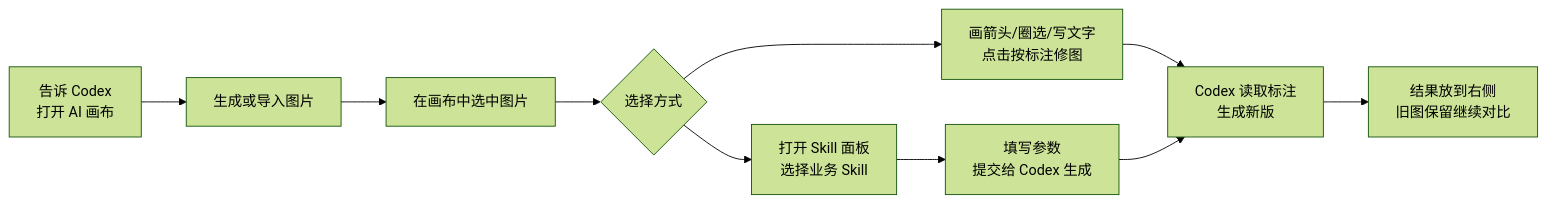
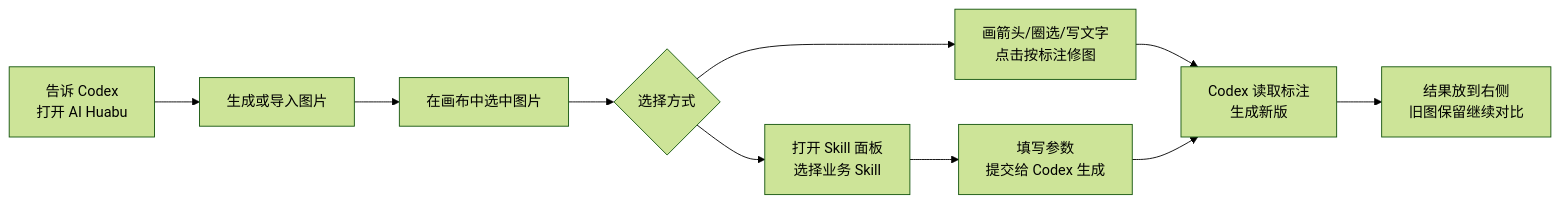
Before and after one commit to jiuwanfan/AI-huabu: the diagram in README.md, drawn with Mermaid (forest theme). The commit also changed other lines of this file and 154 other files, not shown here.

````diff
--- a/README.md
+++ b/README.md
@@ -87,12 +87,12 @@
 ```mermaid
 flowchart LR
-  A["告诉 Codex<br/>打开 AI 画布"] --> B["生成或导入图片"]
+  A["告诉 Codex<br/>打开 AI Huabu"] --> B["生成或导入图片"]
   B --> C["在画布中选中图片"]
   C --> D{"选择方式"}
   D --> E["画箭头/圈选/写文字<br/>点击按标注修图"]
   D --> F["打开 Skill 面板<br/>选择业务 Skill"]
   E --> G["Codex 读取标注<br/>生成新版"]
   F --> H["填写参数<br/>提交给 Codex 生成"]
   H --> G
   G --> I["结果放到右侧<br/>旧图保留继续对比"]
 ```
````
